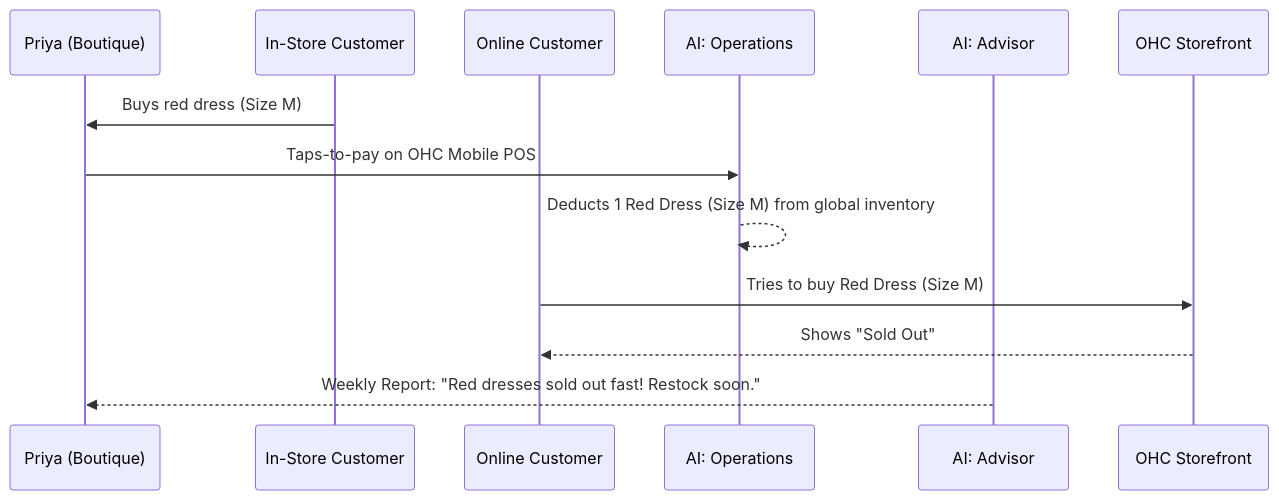
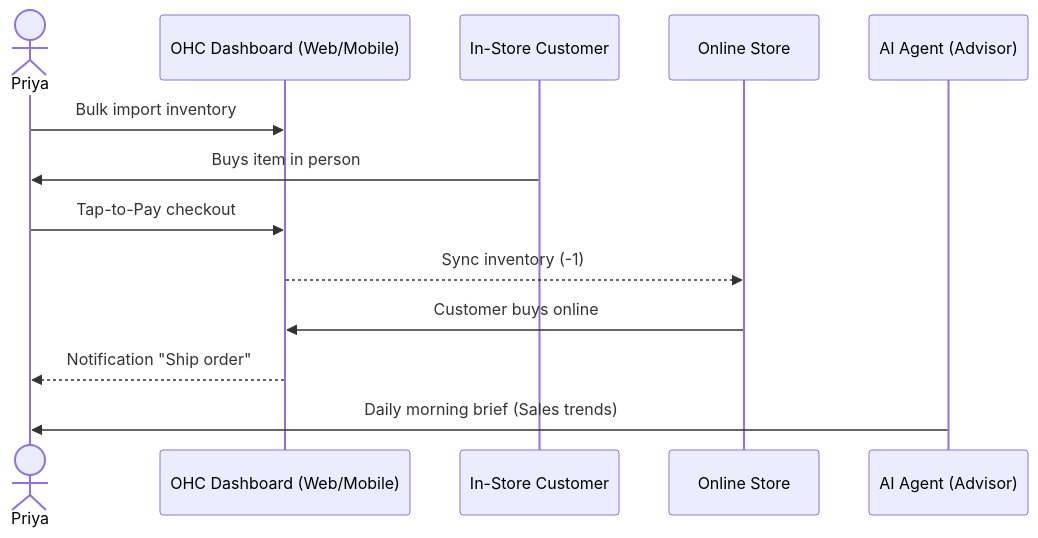
One commit to omnisolo-llc/onehumancorp changed the third of 5 diagrams in docs/architecture/ohc_business_journey_architecture.md. Above: the diagram before and after it, drawn with Mermaid. The commit also changed other lines of this file, not shown here.

First line of the commit message:
🔨 Forge: Business Journey Architecture Design Doc (#14207)

````diff
--- a/docs/architecture/ohc_business_journey_architecture.md
+++ b/docs/architecture/ohc_business_journey_architecture.md
@@ -88,15 +93,16 @@
 ```mermaid
 sequenceDiagram
-    participant Priya as Priya (Boutique)
-    participant WalkIn as In-Store Customer
-    participant Online as Online Customer
-    participant Op as AI: Operations
-    participant Advisor as AI: Advisor
+    actor Priya
+    participant OHC Dashboard (Web/Mobile)
+    participant In-Store Customer
+    participant Online Store
+    participant AI Agent (Advisor)
 
-    WalkIn->>Priya: Buys red dress (Size M)
-    Priya->>Op: Taps-to-pay on OHC Mobile POS
-    Op-->>Op: Deducts 1 Red Dress (Size M) from global inventory
-    Online->>OHC Storefront: Tries to buy Red Dress (Size M)
-    OHC Storefront-->>Online: Shows "Sold Out"
-    Advisor-->>Priya: Weekly Report: "Red dresses sold out fast! Restock soon."
+    Priya->>OHC Dashboard (Web/Mobile): Bulk import inventory
+    In-Store Customer->>Priya: Buys item in person
+    Priya->>OHC Dashboard (Web/Mobile): Tap-to-Pay checkout
+    OHC Dashboard (Web/Mobile)-->>Online Store: Sync inventory (-1)
+    Online Store->>OHC Dashboard (Web/Mobile): Customer buys online
+    OHC Dashboard (Web/Mobile)-->>Priya: Notification "Ship order"
+    AI Agent (Advisor)->>Priya: Daily morning brief (Sales trends)
 ```
````
